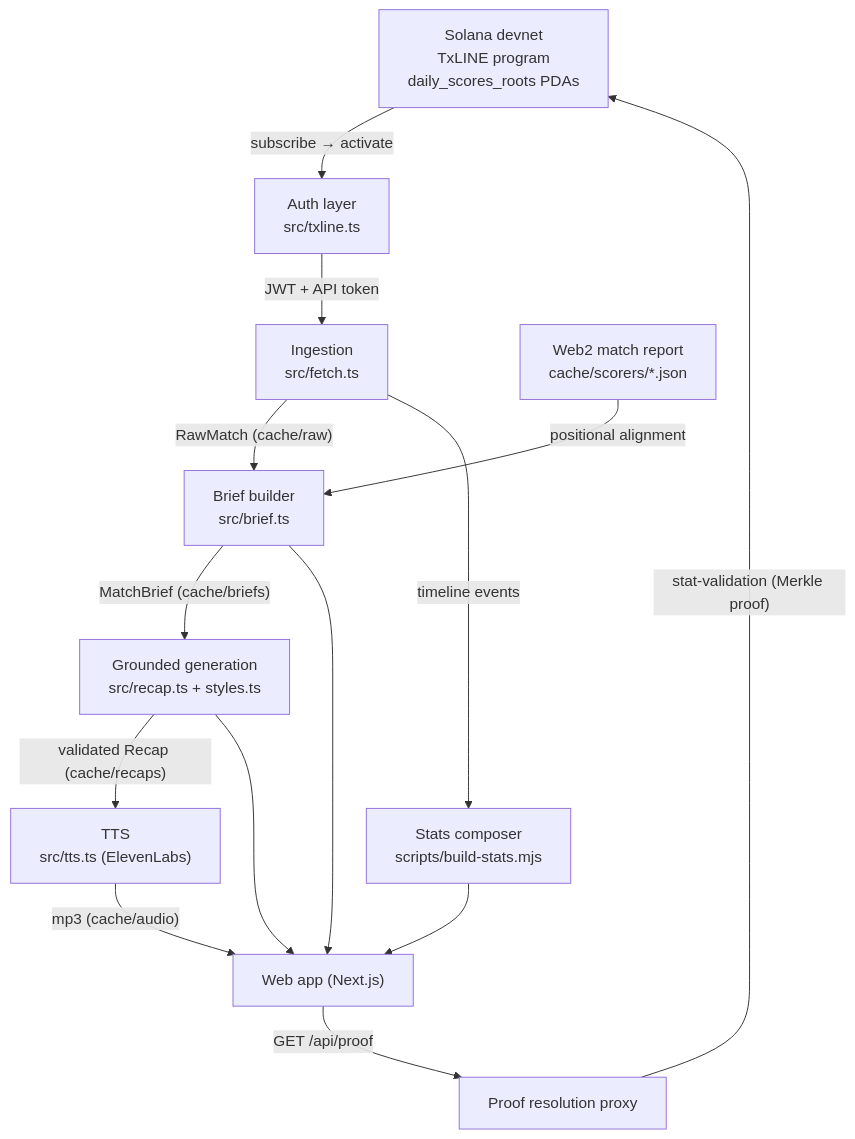
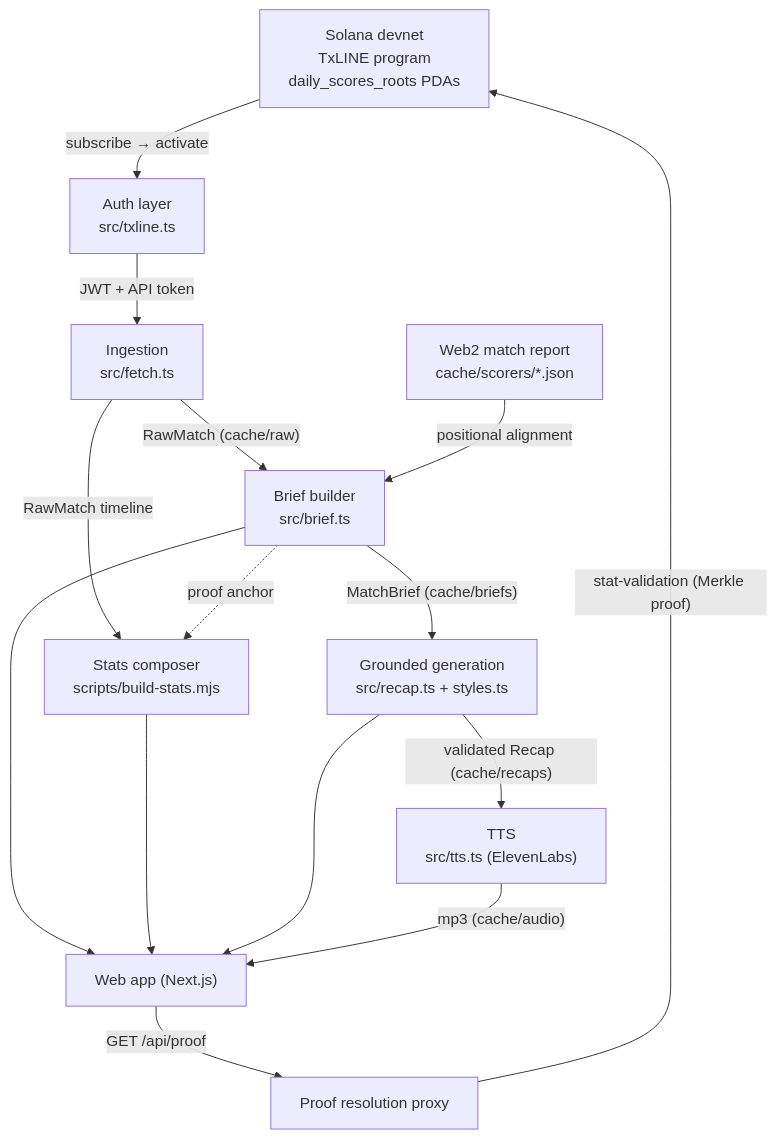
Before and after one commit to PhAnToMxSD/ProofCast: the diagram in WHITEPAPER.md, drawn with Mermaid. The commit also changed other lines of this file and 12 other files, not shown here.

````diff
--- a/WHITEPAPER.md
+++ b/WHITEPAPER.md
@@ -76,16 +76,17 @@
 ```mermaid
 flowchart TD
     A["Solana devnet<br/>TxLINE program<br/>daily_scores_roots PDAs"] -->|subscribe → activate| B["Auth layer<br/>src/txline.ts"]
     B -->|JWT + API token| C["Ingestion<br/>src/fetch.ts"]
     C -->|"RawMatch (cache/raw)"| D["Brief builder<br/>src/brief.ts"]
-    C -->|"timeline events"| S["Stats composer<br/>scripts/build-stats.mjs"]
+    C -->|"RawMatch timeline"| S["Stats composer<br/>scripts/build-stats.mjs"]
+    D -.->|"proof anchor"| S
     R["Web2 match report<br/>cache/scorers/*.json"] -->|positional alignment| D
     D -->|"MatchBrief (cache/briefs)"| E["Grounded generation<br/>src/recap.ts + styles.ts"]
     E -->|"validated Recap (cache/recaps)"| F["TTS<br/>src/tts.ts (ElevenLabs)"]
     D --> W["Web app (Next.js)"]
     S --> W
     E --> W
     F -->|"mp3 (cache/audio)"| W
     W -->|"GET /api/proof"| P["Proof resolution proxy"]
     P -->|"stat-validation (Merkle proof)"| A
 ```
````
